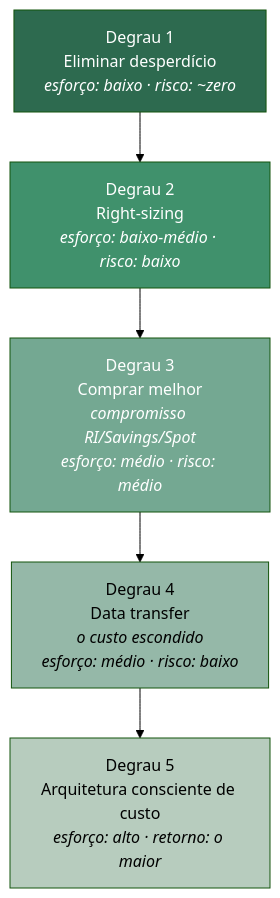
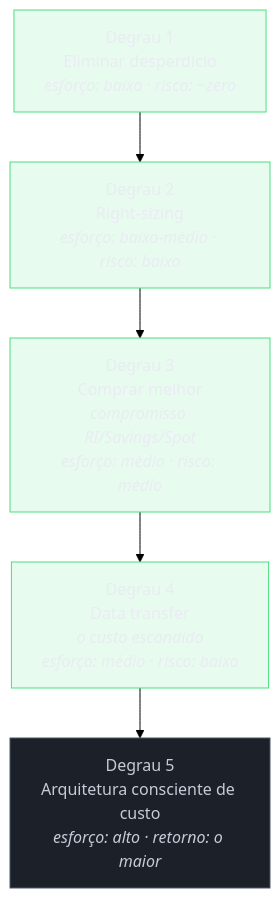
The first of 2 diagrams in 03-Dominios/Tecnologia/Cloud/19 - FinOps — a economia da cloud/04 - Otimização de custo.md (josenaldo/codex-technomanticus), drawn with Mermaid (forest theme) before and after one commit. The commit also changed 1181 other files, not shown here.

First line of the commit message:
fix(diagramas): paleta do sistema no lugar de cor cravada no markdown

````diff
--- a/03-Dominios/Tecnologia/Cloud/19 - FinOps — a economia da cloud/04 - Otimização de custo.md
+++ b/03-Dominios/Tecnologia/Cloud/19 - FinOps — a economia da cloud/04 - Otimização de custo.md
@@ -27,13 +27,15 @@
 ```mermaid
 flowchart TD
+    classDef ok fill:#4ADE8021,stroke:#4ADE80,color:#E9ECF2
+    classDef neutro fill:#1B2029,stroke:#4E5666,color:#C6CCD8
     A["Degrau 1<br/>Eliminar desperdício<br/><i>esforço: baixo · risco: ~zero</i>"] --> B["Degrau 2<br/>Right-sizing<br/><i>esforço: baixo-médio · risco: baixo</i>"]
     B --> C["Degrau 3<br/>Comprar melhor<br/><i>compromisso RI/Savings/Spot</i><br/><i>esforço: médio · risco: médio</i>"]
     C --> D["Degrau 4<br/>Data transfer<br/><i>o custo escondido</i><br/><i>esforço: médio · risco: baixo</i>"]
     D --> E["Degrau 5<br/>Arquitetura consciente de custo<br/><i>esforço: alto · retorno: o maior</i>"]
 
-    style A fill:#2d6a4f,color:#fff
-    style B fill:#40916c,color:#fff
-    style C fill:#74a892,color:#fff
-    style D fill:#95b8a8,color:#000
-    style E fill:#b7ccbe,color:#000
+    class A ok
+    class B ok
+    class C ok
+    class D ok
+    class E neutro
 ```
````
